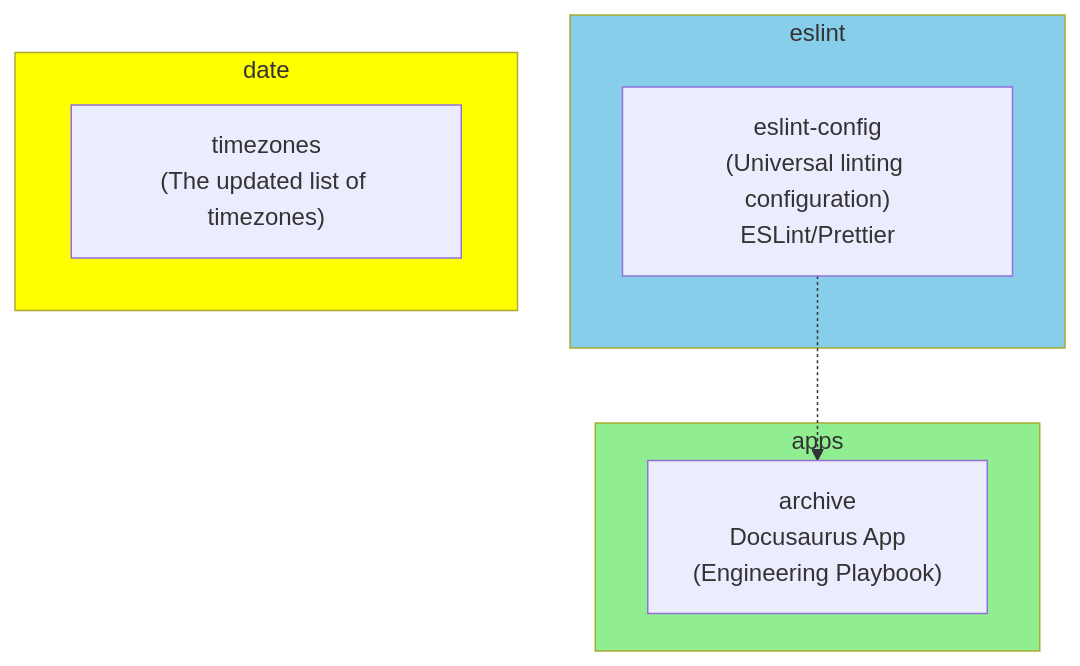
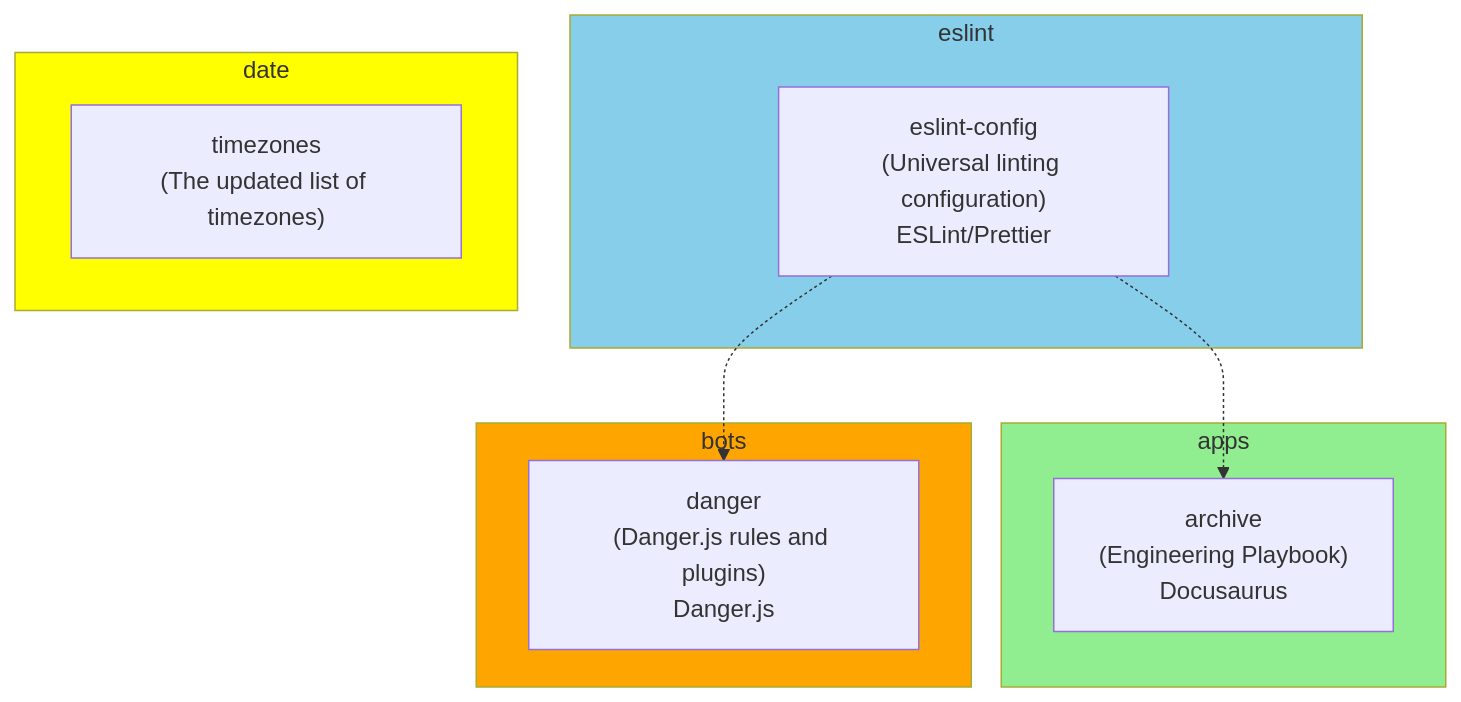
One commit to runespoor-engineering/runespoorstack changed the diagram in README.md. Above: the diagram before and after it, drawn with Mermaid. The commit also changed other lines of this file and 2 other files, not shown here.

Commit message:
docs(Readme): update CI diagrams

````diff
--- a/README.md
+++ b/README.md
@@ -17,20 +17,26 @@
 ```mermaid
 flowchart TB
     subgraph eslint
         eslint-config["eslint-config\n(Universal linting configuration)\nESLint/Prettier"]
     end
 
      subgraph date
         timezones["timezones\n(The updated list of timezones)"]
     end
 
     subgraph apps
-        archive["archive\nDocusaurus App\n(Engineering Playbook)"]
+        archive["archive\n(Engineering Playbook)\nDocusaurus"]
+    end
+
+    subgraph bots
+        danger["danger\n(Danger.js rules and plugins)\nDanger.js"]
     end
 
     eslint-config .-> archive
+    eslint-config .-> danger
 
     style apps fill:lightgreen
     style eslint fill:skyblue
     style date fill:yellow
+    style bots fill:orange
 ```
````
